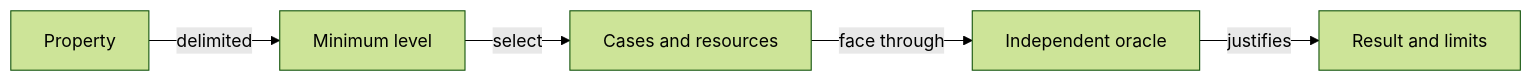
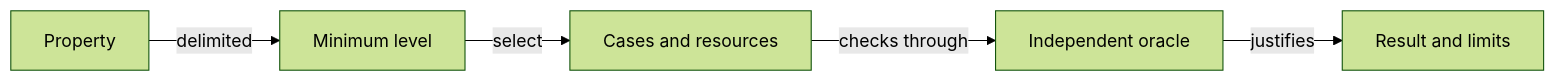
Before and after one commit to crististefanita/atf_j4: the diagram in docs/testing/README.md, drawn with Mermaid (forest theme). The commit also changed other lines of this file and 126 other files, not shown here.

````diff
--- a/docs/testing/README.md
+++ b/docs/testing/README.md
@@ -28,7 +28,7 @@
 ```mermaid
 flowchart LR
     CONTRACT[Property] -->|delimited| LEVEL[Minimum level]
     LEVEL -->|select| SUITE[Cases and resources]
-    SUITE -->|face through| ORACLE[Independent oracle]
+    SUITE -->|checks through| ORACLE[Independent oracle]
     ORACLE -->|justifies| RESULT[Result and limits]
 ```
````
